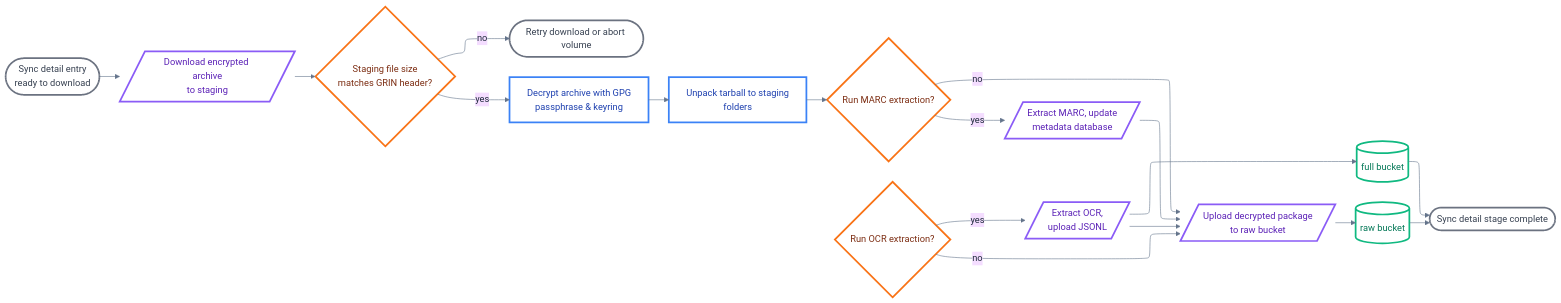
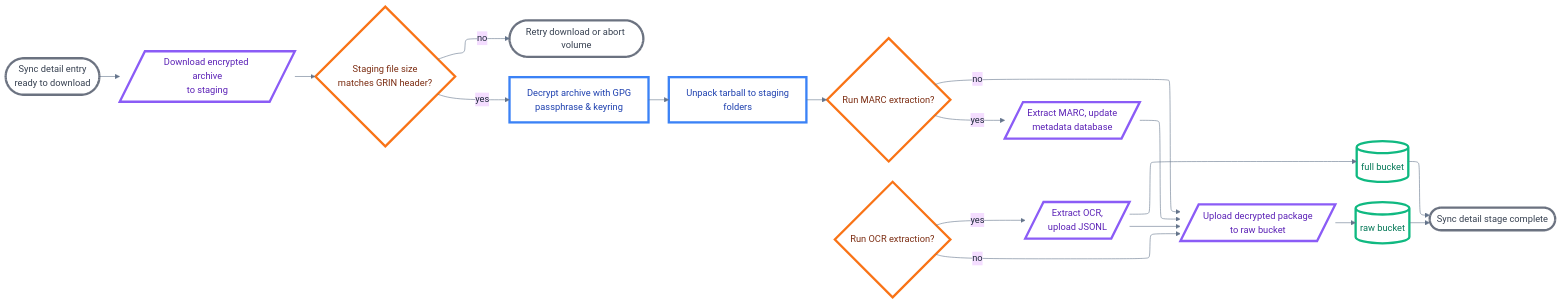
Before and after one commit to institutional/grin-transfer: the diagram in docs/diagrams/sync-detail.mmd, drawn with Mermaid. The commit also changed 19 other files, not shown here.

```diff
--- a/docs/diagrams/sync-detail.mmd
+++ b/docs/diagrams/sync-detail.mmd
@@ -1,25 +1,25 @@
 %%{init: {"theme": "base", "themeVariables": {"primaryTextColor": "#1e293b", "primaryBorderColor": "#475569", "lineColor": "#64748b", "background": "transparent", "mainBkg": "transparent", "secondBkg": "transparent"}, "flowchart": {"defaultRenderer": "elk", "elk": {"elk.direction": "RIGHT"}}}}%%
 flowchart LR
-classDef terminal fill:none,stroke:#6b7280,stroke-width:3px,color:#374151
-classDef process fill:none,stroke:#3b82f6,stroke-width:3px,color:#1e40af
-classDef decision fill:none,stroke:#f97316,stroke-width:3px,color:#7c2d12
-classDef io fill:none,stroke:#8b5cf6,stroke-width:3px,color:#5b21b6
-classDef storage fill:none,stroke:#10b981,stroke-width:3px,color:#047857
+classDef terminal fill:none,stroke:#6b7280,stroke-width:4px,color:#374151
+classDef process fill:none,stroke:#3b82f6,stroke-width:4px,color:#1e40af
+classDef decision fill:none,stroke:#f97316,stroke-width:4px,color:#7c2d12
+classDef io fill:none,stroke:#8b5cf6,stroke-width:4px,color:#5b21b6
+classDef storage fill:none,stroke:#10b981,stroke-width:4px,color:#047857
 
 Start([Sync detail entry<br/>ready to download]):::terminal --> DownloadEncrypted[/Download encrypted archive<br/>to staging/]:::io
 DownloadEncrypted --> VerifySize{Staging file size<br/>matches GRIN header?}:::decision
 VerifySize -->|no| DownloadRetry([Retry download or abort volume]):::terminal
 VerifySize -->|yes| Decrypt[Decrypt archive with GPG<br/>passphrase & keyring]:::process
 Decrypt --> Unpack[Unpack tarball to staging<br/>folders]:::process
 Unpack --> ExtractMARC{Run MARC extraction?}:::decision
 ExtractMARC -->|yes| MarcOut[/Extract MARC, update<br/>metadata database/]:::io
 ExtractMARC -->|no| UploadPackage[/Upload decrypted package<br/>to raw bucket/]:::io
 MarcOut --> UploadPackage
 ExtractOCR{Run OCR extraction?}:::decision
 ExtractOCR -->|yes| OcrOut[/Extract OCR,<br/> upload JSONL/]:::io
 ExtractOCR -->|no| UploadPackage
 OcrOut --> FullBucket[(full bucket)]:::storage
 OcrOut --> UploadPackage
 UploadPackage --> RawBucket[(raw bucket)]:::storage
 FullBucket --> Complete([Sync detail stage complete]):::terminal
 RawBucket --> Complete
```
